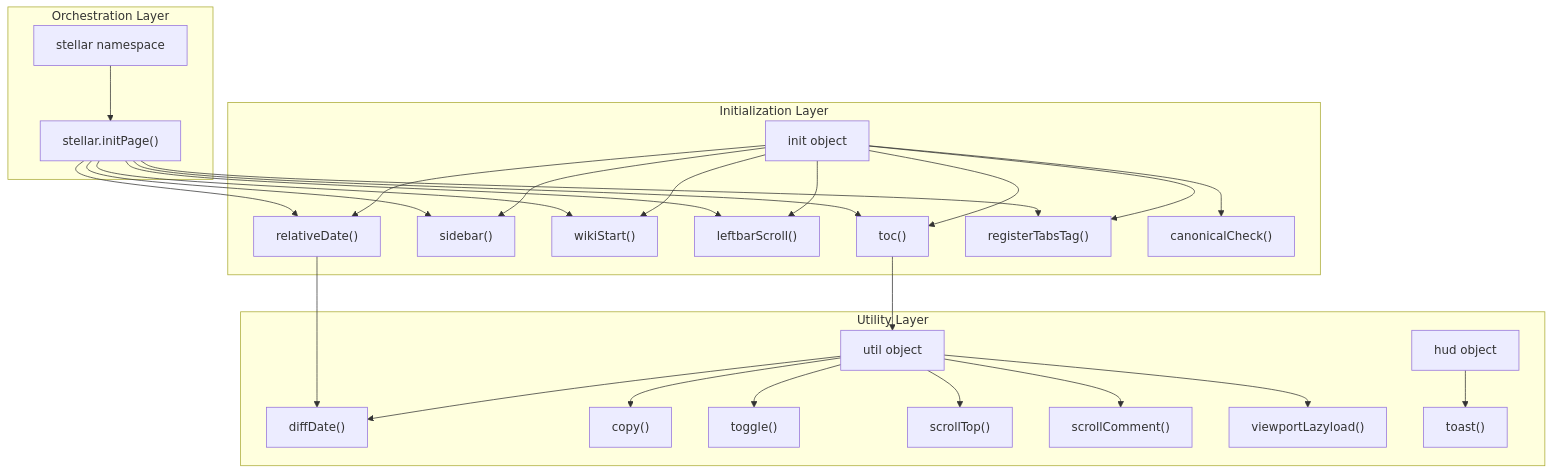
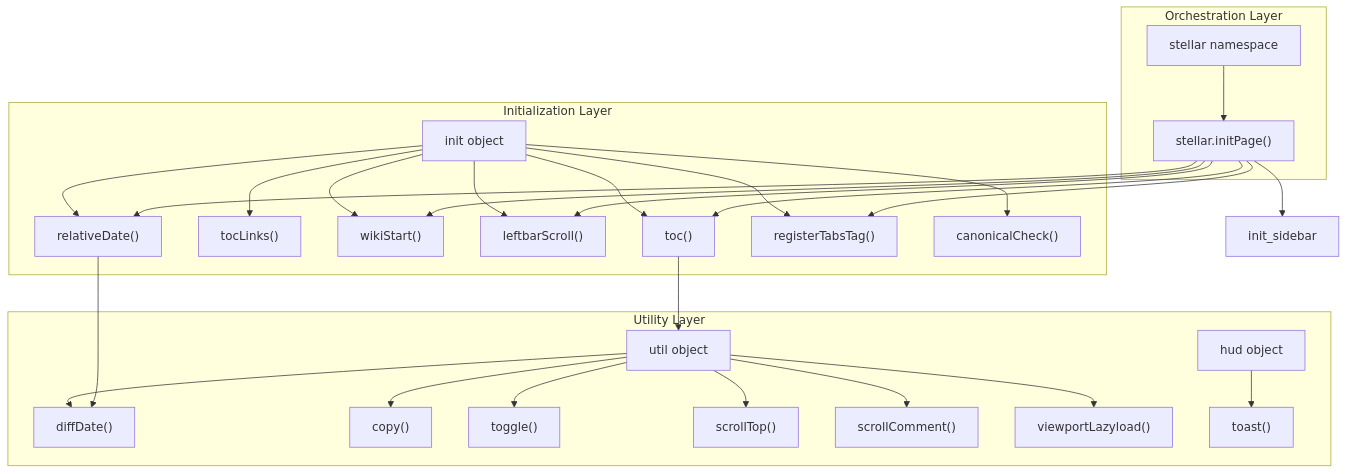
The first of 7 diagrams in docs/knowledge/05-前端交互/core-js-init.md (xaoxuu/hexo-theme-stellar), drawn with Mermaid before and after one commit. The commit also changed other lines of this file and 287 other files, not shown here.

````diff
--- a/docs/knowledge/05-前端交互/core-js-init.md
+++ b/docs/knowledge/05-前端交互/core-js-init.md
@@ -33,61 +33,61 @@
 ```mermaid
 graph TB
     subgraph "Utility Layer"
         util["util object"]
         hud["hud object"]
         
         util_diff["diffDate()"]
         util_copy["copy()"]
         util_toggle["toggle()"]
         util_scroll["scrollTop()"]
         util_comment["scrollComment()"]
         util_lazy["viewportLazyload()"]
         
         hud_toast["toast()"]
         
         util --> util_diff
         util --> util_copy
         util --> util_toggle
         util --> util_scroll
         util --> util_comment
         util --> util_lazy
         
         hud --> hud_toast
     end
     
     subgraph "Initialization Layer"
         init["init object"]
         
         init_toc["toc()"]
-        init_sidebar["sidebar()"]
+        init_toc_links["tocLinks()"]
         init_wiki_start["wikiStart()"]
         init_leftbar_scroll["leftbarScroll()"]
         init_date["relativeDate()"]
         init_tabs["registerTabsTag()"]
         init_canon["canonicalCheck()"]
         
         init --> init_toc
-        init --> init_sidebar
+        init --> init_toc_links
         init --> init_wiki_start
         init --> init_leftbar_scroll
         init --> init_date
         init --> init_tabs
         init --> init_canon
     end
     
     subgraph "Orchestration Layer"
         stellar["stellar namespace"]
         initPage["stellar.initPage()"]
         
         stellar --> initPage
     end
     
     init_toc --> util
     init_date --> util_diff
     initPage --> init_toc
     initPage --> init_sidebar
     initPage --> init_wiki_start
     initPage --> init_leftbar_scroll
     initPage --> init_date
     initPage --> init_tabs
 ```
````
